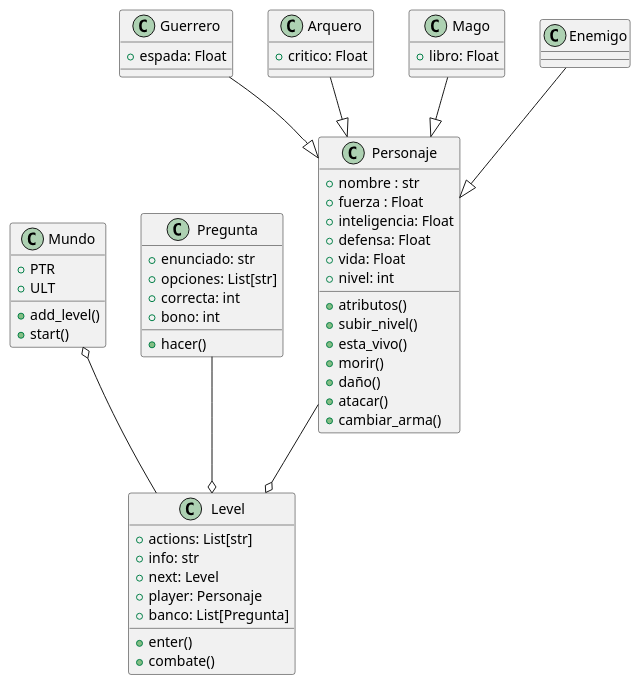
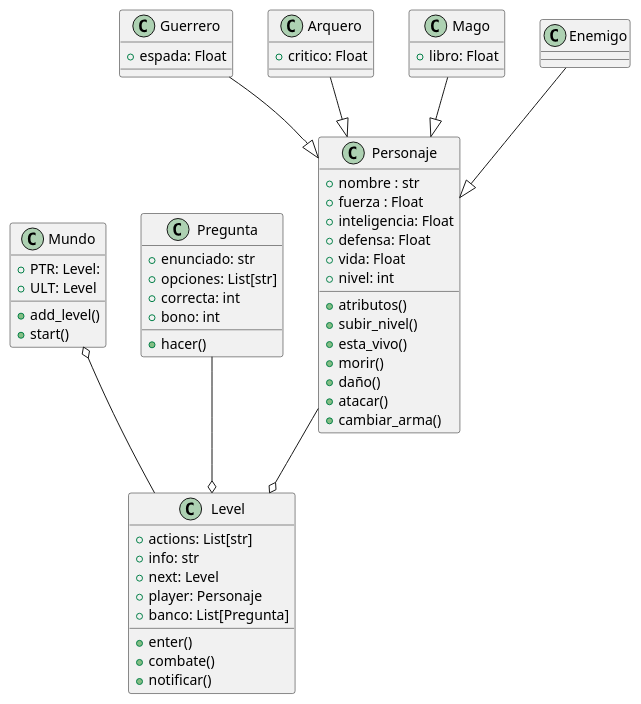
Before and after one commit to davidmosquera03/OOP_FinalProject: the diagram in UML.puml, drawn with PlantUML. The commit also changed 3 other files, not shown here.

```diff
--- a/UML.puml
+++ b/UML.puml
@@ -2,58 +2,59 @@
 @startuml
 top to bottom direction
 class Personaje{
 +nombre : str
 +fuerza : Float 
 +inteligencia: Float
 +defensa: Float
 +vida: Float 
 +nivel: int
 +atributos()
 +subir_nivel()
 +esta_vivo()
 +morir()
 +daño()
 +atacar()
 + cambiar_arma()
 }
 class Guerrero{
 + espada: Float
 }
 class Arquero{
 + critico: Float
 }
 class Mago{
 +libro: Float
 }
 class Mundo{
-+PTR
-+ULT
++PTR: Level:
++ULT: Level
 +add_level()
 +start()
 }
 class Level{
 + actions: List[str]
 + info: str
 + next: Level
 + player: Personaje
 + banco: List[Pregunta]
 + enter()
 + combate()
++ notificar()
 }
 class Enemigo{
 }
 class Pregunta{
 + enunciado: str
 +opciones: List[str]
 +correcta: int
 +bono: int
 +hacer()
 }
 Mundo o-- Level
 Guerrero --|> Personaje
 Enemigo --|> Personaje
 Mago --|> Personaje
 Arquero --|> Personaje
 Personaje--o Level
 Pregunta --o Level
 @enduml
```
